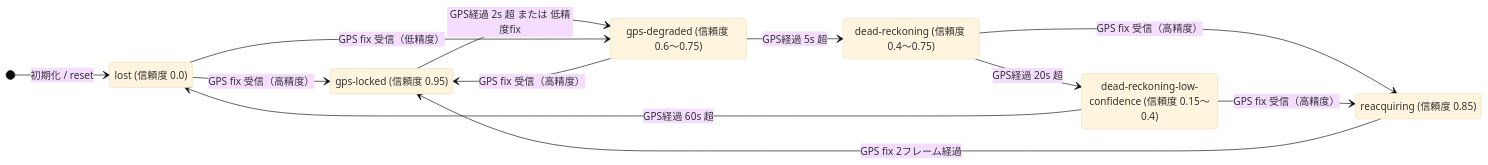
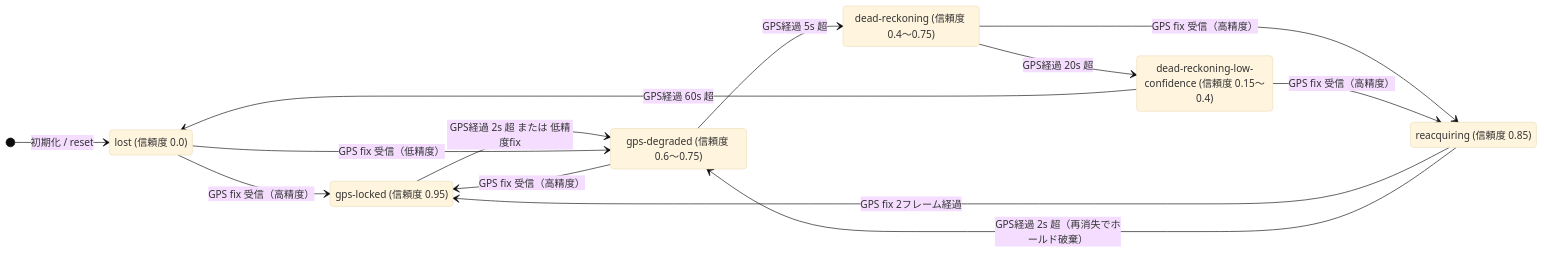
The first of 3 diagrams in docs/GPS_LOSS_SPEED_STATE_SPEC.md (TakuroFukamizu/railglance), drawn with Mermaid (base theme) before and after one commit. The commit also changed other lines of this file and 3 other files, not shown here.

````diff
--- a/docs/GPS_LOSS_SPEED_STATE_SPEC.md
+++ b/docs/GPS_LOSS_SPEED_STATE_SPEC.md
@@ -52,25 +54,26 @@
 ```mermaid
 stateDiagram-v2
     direction LR
 
     state "lost (信頼度 0.0)" as LOST
     state "gps-locked (信頼度 0.95)" as LOCKED
     state "gps-degraded (信頼度 0.6〜0.75)" as DEGRADED
     state "dead-reckoning (信頼度 0.4〜0.75)" as DR
     state "dead-reckoning-low-confidence (信頼度 0.15〜0.4)" as DRLOW
     state "reacquiring (信頼度 0.85)" as REACQ
 
     [*] --> LOST: 初期化 / reset
 
     LOST --> LOCKED: GPS fix 受信（高精度）
     LOCKED --> DEGRADED: GPS経過 2s 超 または 低精度fix
     DEGRADED --> DR: GPS経過 5s 超
     DR --> DRLOW: GPS経過 20s 超
     DRLOW --> LOST: GPS経過 60s 超
 
     DR --> REACQ: GPS fix 受信（高精度）
     DRLOW --> REACQ: GPS fix 受信（高精度）
     REACQ --> LOCKED: GPS fix 2フレーム経過
+    REACQ --> DEGRADED: GPS経過 2s 超（再消失でホールド破棄）
     LOST --> DEGRADED: GPS fix 受信（低精度）
     DEGRADED --> LOCKED: GPS fix 受信（高精度）
 ```
````
